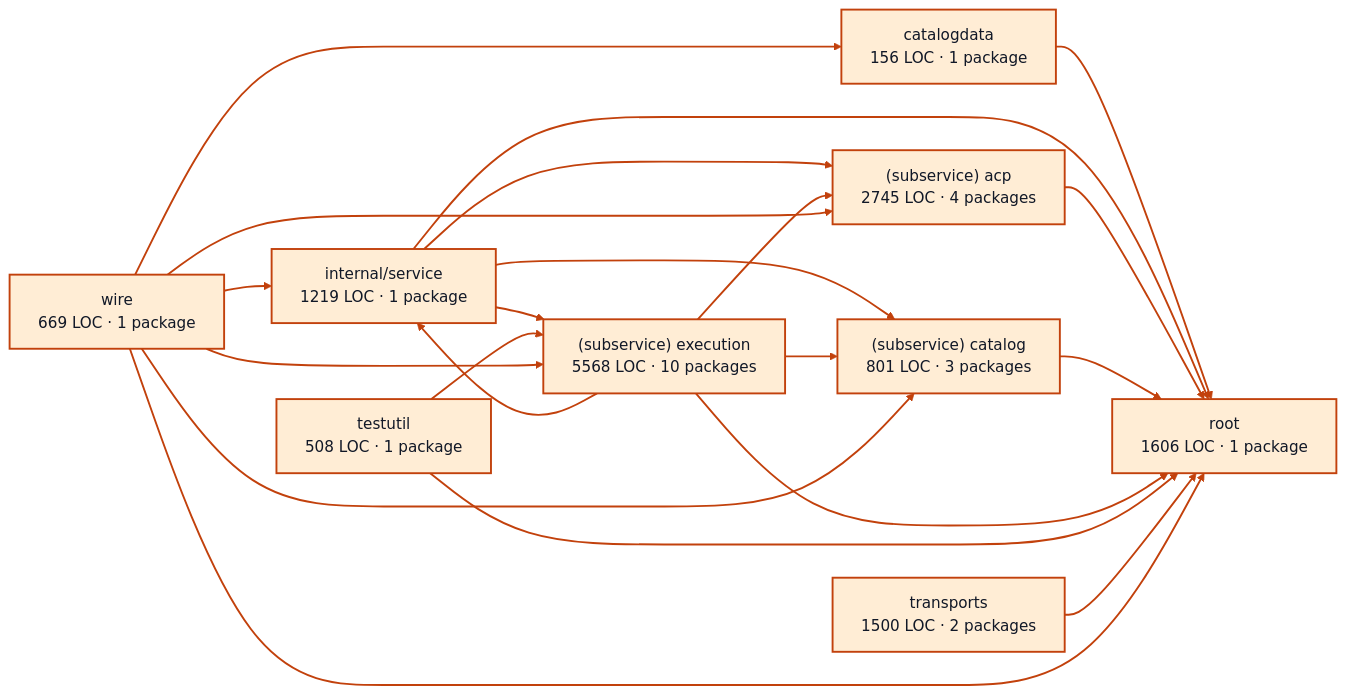
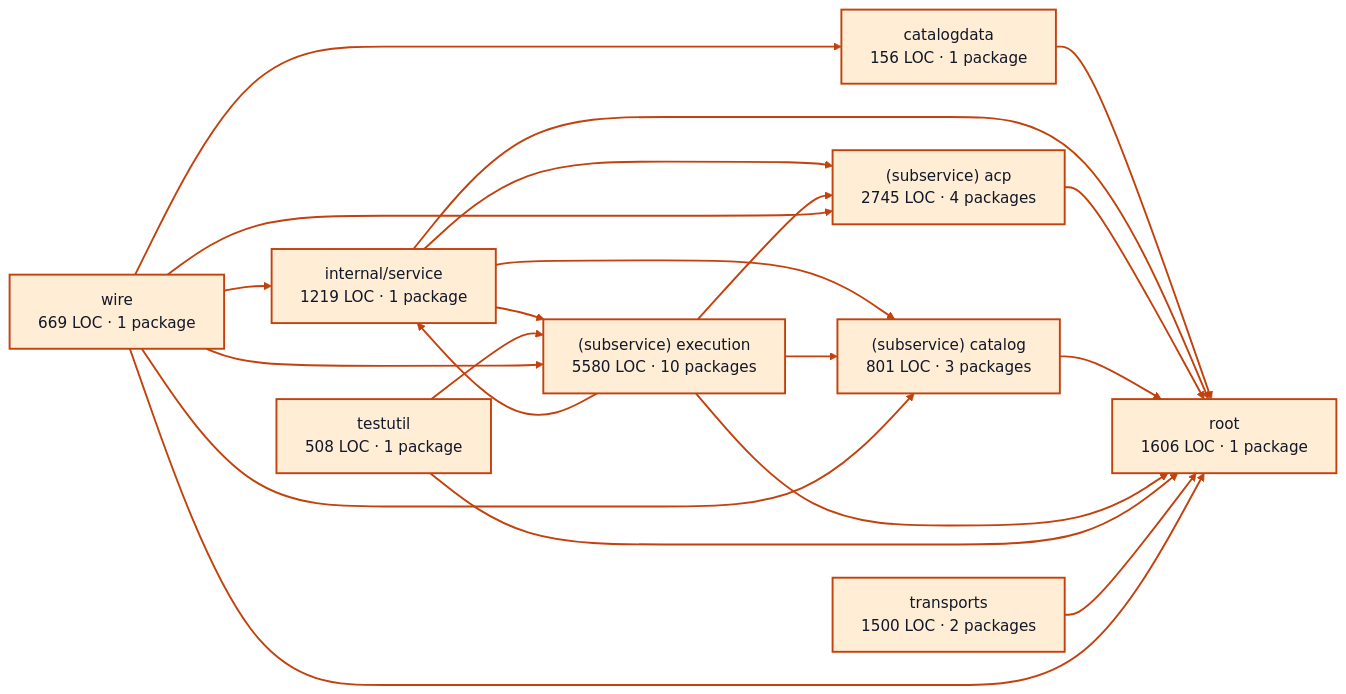
Before and after one commit to portpowered/you-agent-factory: the diagram in docs/architecture/visualizations/services/providers.md, drawn with Mermaid (base theme). The commit also changed other lines of this file and 20 other files, not shown here.

Commit message:
docs: refresh backend architecture visualizations

````diff
--- a/docs/architecture/visualizations/services/providers.md
+++ b/docs/architecture/visualizations/services/providers.md
@@ -11,42 +11,42 @@
 ```mermaid
 flowchart LR
   p0["catalogdata<br/>156 LOC · 1 package"]
   p1["internal/service<br/>1219 LOC · 1 package"]
   p2["(subservice) acp<br/>2745 LOC · 4 packages"]
   p3["(subservice) catalog<br/>801 LOC · 3 packages"]
-  p4["(subservice) execution<br/>5568 LOC · 10 packages"]
+  p4["(subservice) execution<br/>5580 LOC · 10 packages"]
   p5["testutil<br/>508 LOC · 1 package"]
   p6["root<br/>1606 LOC · 1 package"]
   p7["transports<br/>1500 LOC · 2 packages"]
   p8["wire<br/>669 LOC · 1 package"]
   p0 --> p6
   p1 --> p2
   p1 --> p3
   p1 --> p4
   p1 --> p6
   p2 --> p6
   p3 --> p6
   p4 --> p1
   p4 --> p2
   p4 --> p3
   p4 --> p6
   p5 --> p4
   p5 --> p6
   p7 --> p6
   p8 --> p0
   p8 --> p1
   p8 --> p2
   p8 --> p3
   p8 --> p4
   p8 --> p6
   style p0 fill:#ffedd5,stroke:#c2410c,stroke-width:2px,color:#111827
   style p1 fill:#ffedd5,stroke:#c2410c,stroke-width:2px,color:#111827
   style p2 fill:#ffedd5,stroke:#c2410c,stroke-width:2px,color:#111827
   style p3 fill:#ffedd5,stroke:#c2410c,stroke-width:2px,color:#111827
   style p4 fill:#ffedd5,stroke:#c2410c,stroke-width:2px,color:#111827
   style p5 fill:#ffedd5,stroke:#c2410c,stroke-width:2px,color:#111827
   style p6 fill:#ffedd5,stroke:#c2410c,stroke-width:2px,color:#111827
   style p7 fill:#ffedd5,stroke:#c2410c,stroke-width:2px,color:#111827
   style p8 fill:#ffedd5,stroke:#c2410c,stroke-width:2px,color:#111827
   linkStyle default stroke:#c2410c,stroke-width:2px
 ```
````
